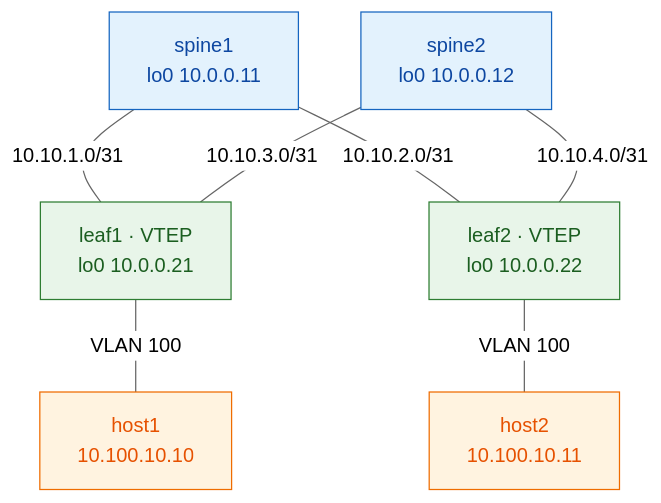
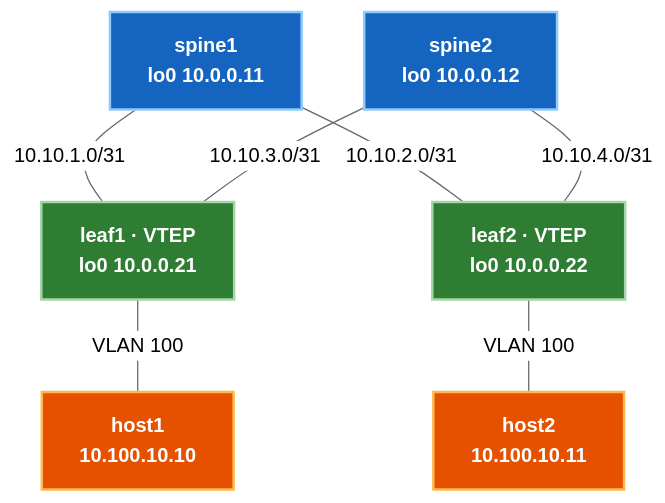
One commit to etherhtun/netforge-labs changed the diagram in docs/archive/juniper-vxlan-evpn/labs/lab-01-fullmesh.md. Above: the diagram before and after it, drawn with Mermaid (neutral theme). The commit also changed 7 other files, not shown here.

Commit message:
fix(diagrams): update all Mermaid diagrams to use high-contrast white text on filled nodes for 100% visibility in both light and dark site themes

````diff
--- a/docs/archive/juniper-vxlan-evpn/labs/lab-01-fullmesh.md
+++ b/docs/archive/juniper-vxlan-evpn/labs/lab-01-fullmesh.md
@@ -24,19 +24,19 @@
 ```mermaid
 graph TB
     S1["spine1<br/>lo0 10.0.0.11"]
     S2["spine2<br/>lo0 10.0.0.12"]
     L1["leaf1 · VTEP<br/>lo0 10.0.0.21"]
     L2["leaf2 · VTEP<br/>lo0 10.0.0.22"]
     H1["host1<br/>10.100.10.10"]
     H2["host2<br/>10.100.10.11"]
     S1 ---|"10.10.1.0/31"| L1
     S1 ---|"10.10.2.0/31"| L2
     S2 ---|"10.10.3.0/31"| L1
     S2 ---|"10.10.4.0/31"| L2
     L1 ---|"VLAN 100"| H1
     L2 ---|"VLAN 100"| H2
-    classDef spine fill:#e3f2fd,stroke:#1565c0,color:#0d47a1;
-    classDef leaf  fill:#e8f5e9,stroke:#2e7d32,color:#1b5e20;
-    classDef host  fill:#fff3e0,stroke:#ef6c00,color:#e65100;
+    classDef spine fill:#1565c0,stroke:#90caf9,color:#ffffff,stroke-width:2px,font-weight:bold;
+    classDef leaf  fill:#2e7d32,stroke:#a5d6a7,color:#ffffff,stroke-width:2px,font-weight:bold;
+    classDef host  fill:#e65100,stroke:#ffb74d,color:#ffffff,stroke-width:2px,font-weight:bold;
     class S1,S2 spine; class L1,L2 leaf; class H1,H2 host;
 ```
````
